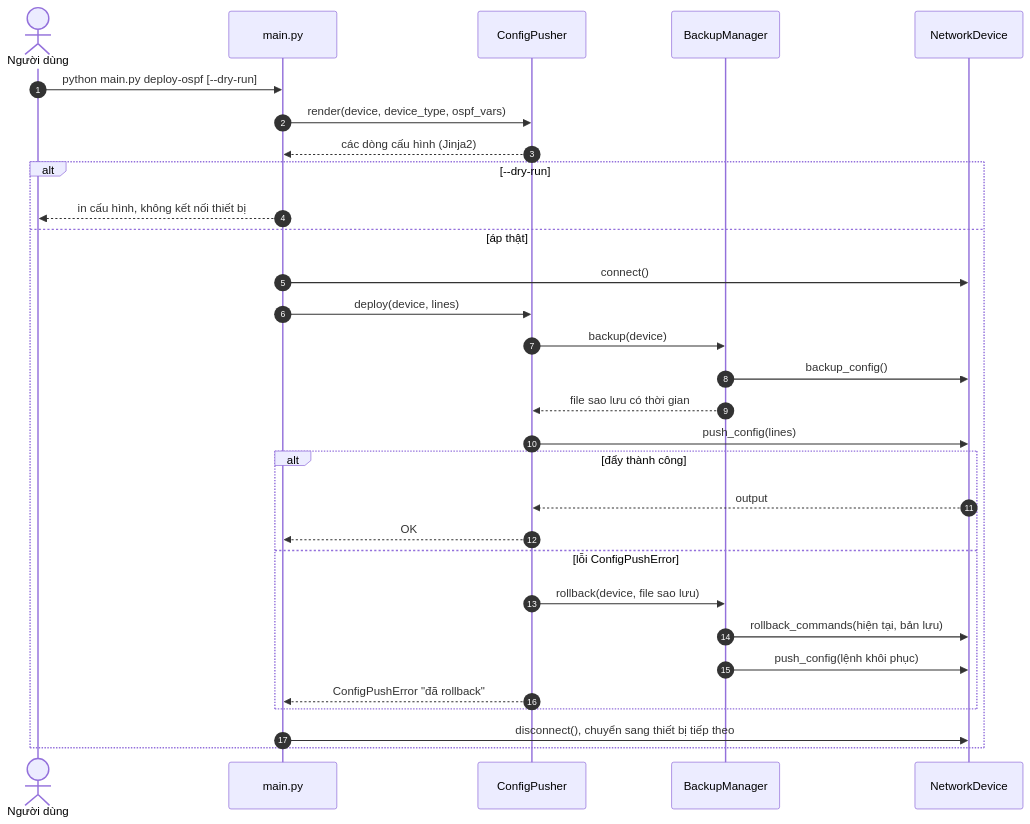
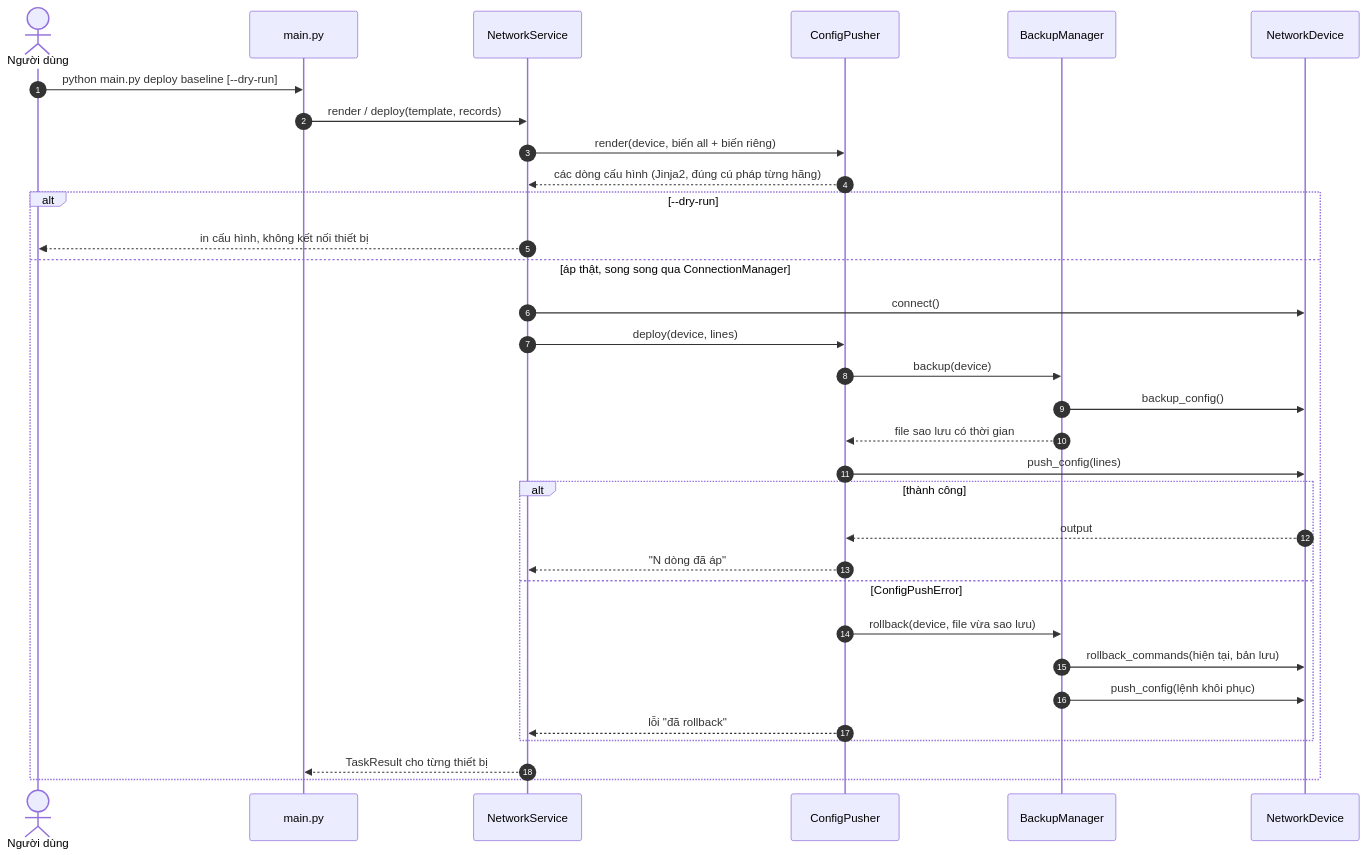
The diagram in docs/diagrams/seq_deploy.mmd (nhat-thang/network-inventory-monitor), drawn with Mermaid before and after one commit. The commit also changed 14 other files, not shown here.

First line of the commit message:
docs: architecture document updated to section 6.2 of the assignment

```diff
--- a/docs/diagrams/seq_deploy.mmd
+++ b/docs/diagrams/seq_deploy.mmd
@@ -1,30 +1,32 @@
 sequenceDiagram
     autonumber
     actor U as Người dùng
     participant M as main.py
+    participant S as NetworkService
     participant P as ConfigPusher
     participant B as BackupManager
     participant D as NetworkDevice
-    U->>M: python main.py deploy-ospf [--dry-run]
-    M->>P: render(device, device_type, ospf_vars)
-    P-->>M: các dòng cấu hình (Jinja2)
+    U->>M: python main.py deploy baseline [--dry-run]
+    M->>S: render / deploy(template, records)
+    S->>P: render(device, biến all + biến riêng)
+    P-->>S: các dòng cấu hình (Jinja2, đúng cú pháp từng hãng)
     alt --dry-run
-        M-->>U: in cấu hình, không kết nối thiết bị
-    else áp thật
-        M->>D: connect()
-        M->>P: deploy(device, lines)
+        S-->>U: in cấu hình, không kết nối thiết bị
+    else áp thật, song song qua ConnectionManager
+        S->>D: connect()
+        S->>P: deploy(device, lines)
         P->>B: backup(device)
         B->>D: backup_config()
         B-->>P: file sao lưu có thời gian
         P->>D: push_config(lines)
-        alt đẩy thành công
+        alt thành công
             D-->>P: output
-            P-->>M: OK
-        else lỗi ConfigPushError
-            P->>B: rollback(device, file sao lưu)
+            P-->>S: "N dòng đã áp"
+        else ConfigPushError
+            P->>B: rollback(device, file vừa sao lưu)
             B->>D: rollback_commands(hiện tại, bản lưu)
             B->>D: push_config(lệnh khôi phục)
-            P-->>M: ConfigPushError "đã rollback"
+            P-->>S: lỗi "đã rollback"
         end
-        M->>D: disconnect(), chuyển sang thiết bị tiếp theo
+        S-->>M: TaskResult cho từng thiết bị
     end
```
